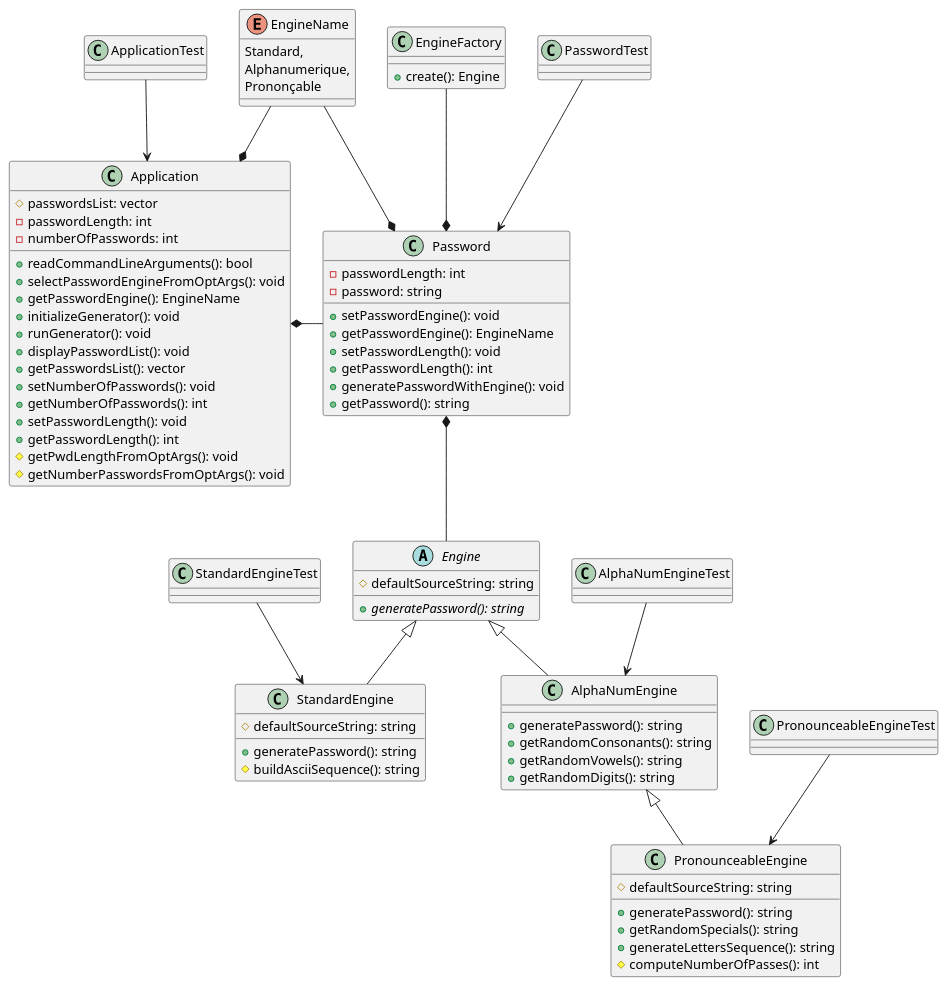
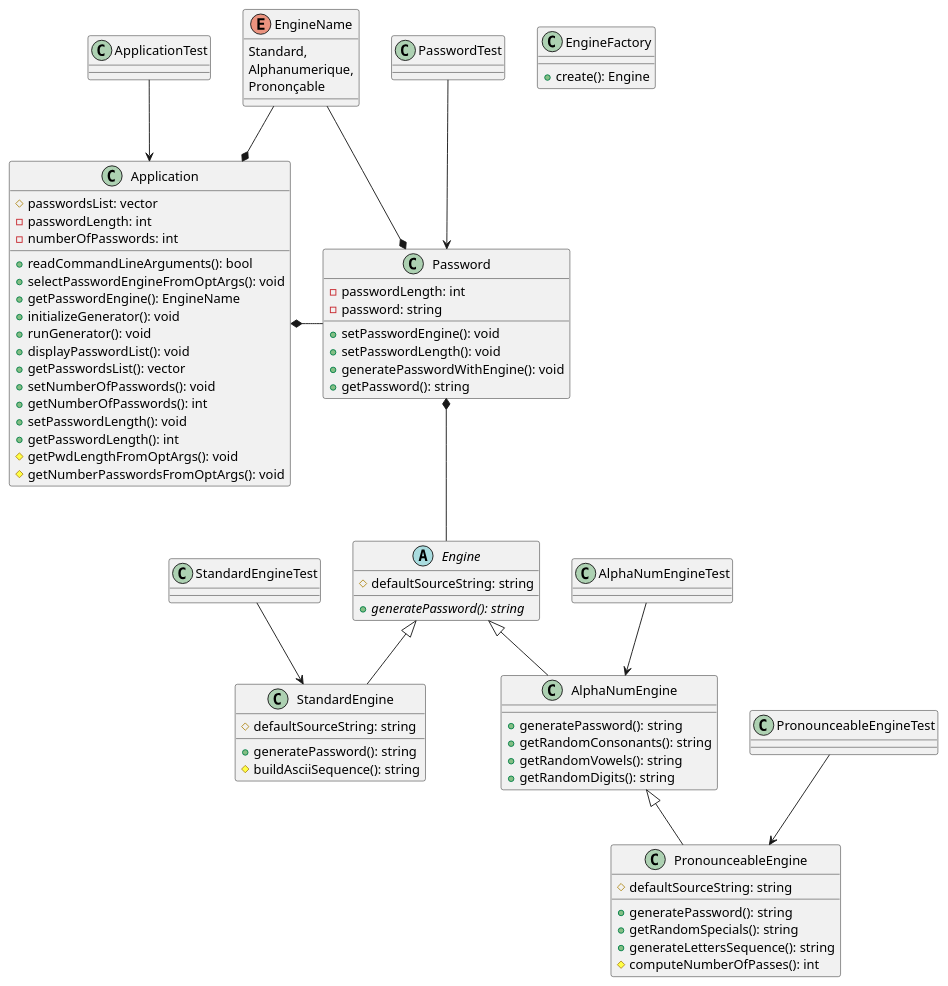
One commit to JN-GLX/password-generator changed the diagram in docs/diagram/src/password-generator.wsd. Above: the diagram before and after it, drawn with PlantUML. The commit also changed 3 other files, not shown here.

```diff
--- a/docs/diagram/src/password-generator.wsd
+++ b/docs/diagram/src/password-generator.wsd
@@ -1,90 +1,87 @@
 @startuml Password Generator
 
 
 abstract class Engine {
     +{abstract} generatePassword(): string
     #defaultSourceString: string
 }
 
 class EngineFactory {
     +create(): Engine
 }
 
 Password *-- Engine
 Engine <|-- StandardEngine
 Engine <|-- AlphaNumEngine
 AlphaNumEngine <|-- PronounceableEngine
-EngineFactory --* Password
 Application *- Password
 EngineName --* Password
 EngineName --* Application
 ApplicationTest --> Application
 PasswordTest --> Password
 StandardEngineTest --> StandardEngine
 AlphaNumEngineTest --> AlphaNumEngine
 PronounceableEngineTest --> PronounceableEngine
 
 class StandardEngine {
     +generatePassword(): string
     #buildAsciiSequence(): string
     #defaultSourceString: string
 }
 
 class AlphaNumEngine {
     +generatePassword(): string
     +getRandomConsonants(): string
     +getRandomVowels(): string
     +getRandomDigits(): string
 }
 
 class PronounceableEngine {
     +generatePassword(): string
     +getRandomSpecials(): string
     +generateLettersSequence(): string
     #computeNumberOfPasses(): int
     #defaultSourceString: string
 }
 
 class Password {
     -passwordLength: int
     -password: string
     +setPasswordEngine(): void
-    +getPasswordEngine(): EngineName
     +setPasswordLength(): void
-    +getPasswordLength(): int
     +generatePasswordWithEngine(): void
     +getPassword(): string
 }
 
 enum EngineName {
         Standard,
         Alphanumerique,
         Prononçable
 }
 
 class Application {
     +readCommandLineArguments(): bool
     +selectPasswordEngineFromOptArgs(): void
     +getPasswordEngine(): EngineName
     +initializeGenerator(): void
     +runGenerator(): void
     +displayPasswordList(): void
     +getPasswordsList(): vector
     +setNumberOfPasswords(): void
     +getNumberOfPasswords(): int
     +setPasswordLength(): void
     +getPasswordLength(): int
     #getPwdLengthFromOptArgs(): void
     #getNumberPasswordsFromOptArgs(): void
     #passwordsList: vector
     -passwordLength: int
     -numberOfPasswords: int
 }
 
 class ApplicationTest
 class PasswordTest
 class StandardEngineTest
 class AlphaNumEngineTest
 class PronounceableEngineTest
 
 @enduml
```
